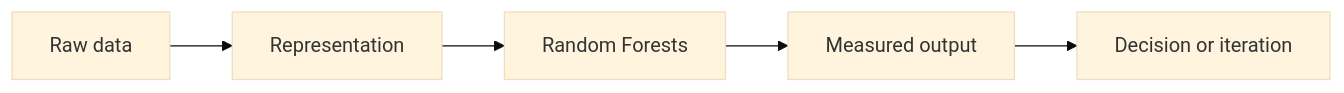
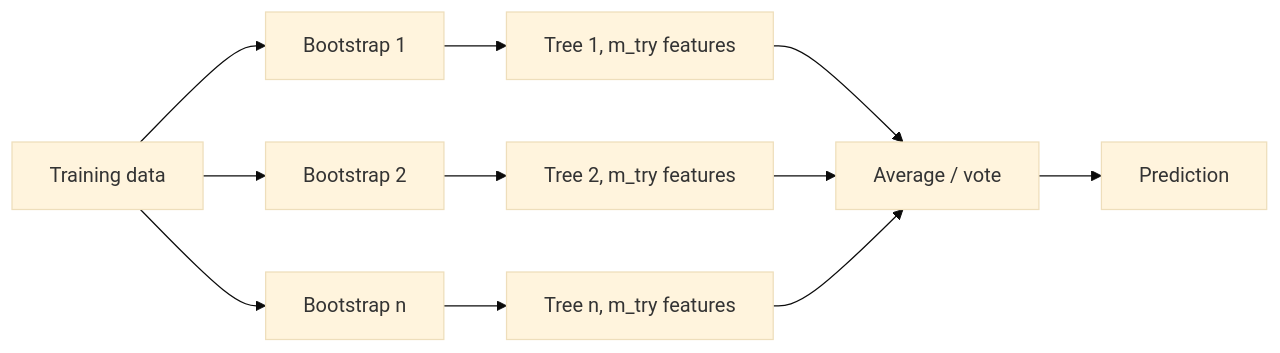
One commit to Icon1cc/Machine-Learning changed the diagram in classical-ml/06-random-forests.md. Above: the diagram before and after it, drawn with Mermaid (base theme). The commit also changed other lines of this file and 264 other files, not shown here.

````diff
--- a/classical-ml/06-random-forests.md
+++ b/classical-ml/06-random-forests.md
@@ -92,7 +163,13 @@
 ```mermaid
 flowchart LR
-    A[Raw data] --> B[Representation]
-    B --> C[Random Forests]
-    C --> D[Measured output]
-    D --> E[Decision or iteration]
+    D[Training data] --> B1[Bootstrap 1]
+    D --> B2[Bootstrap 2]
+    D --> Bn[Bootstrap n]
+    B1 --> T1[Tree 1, m_try features]
+    B2 --> T2[Tree 2, m_try features]
+    Bn --> Tn[Tree n, m_try features]
+    T1 --> A[Average / vote]
+    T2 --> A
+    Tn --> A
+    A --> P[Prediction]
 ```
````
